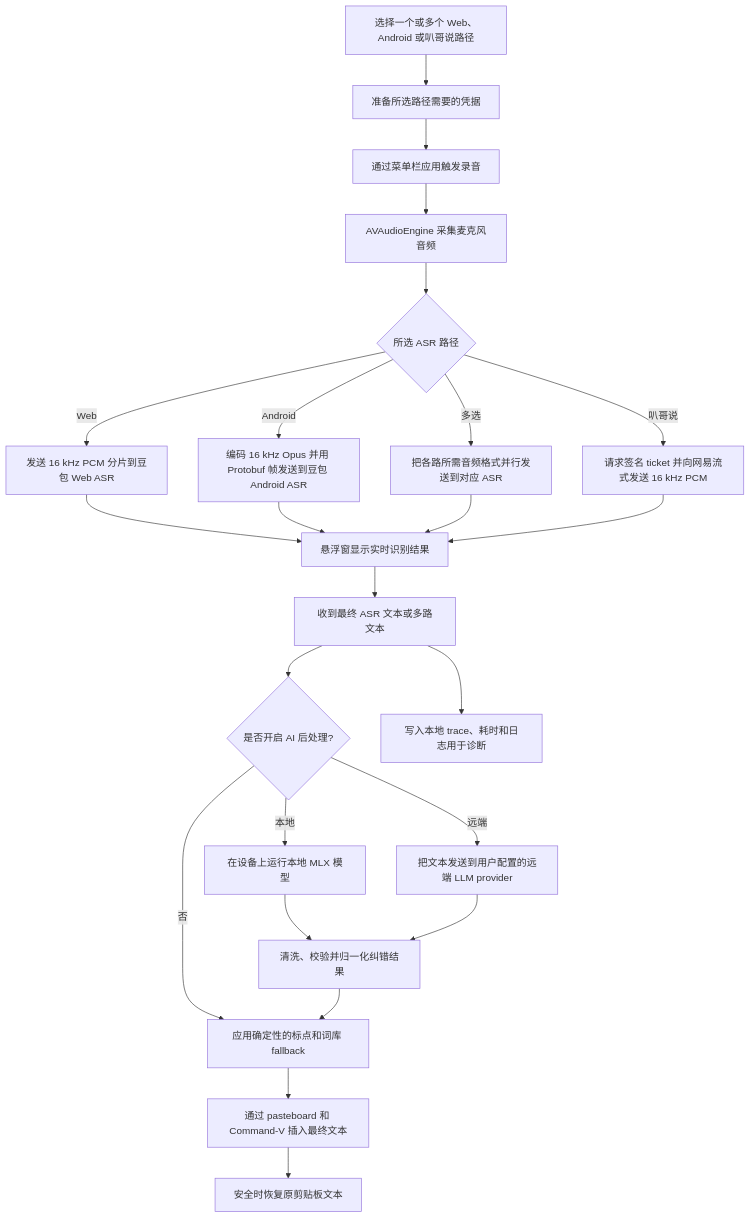
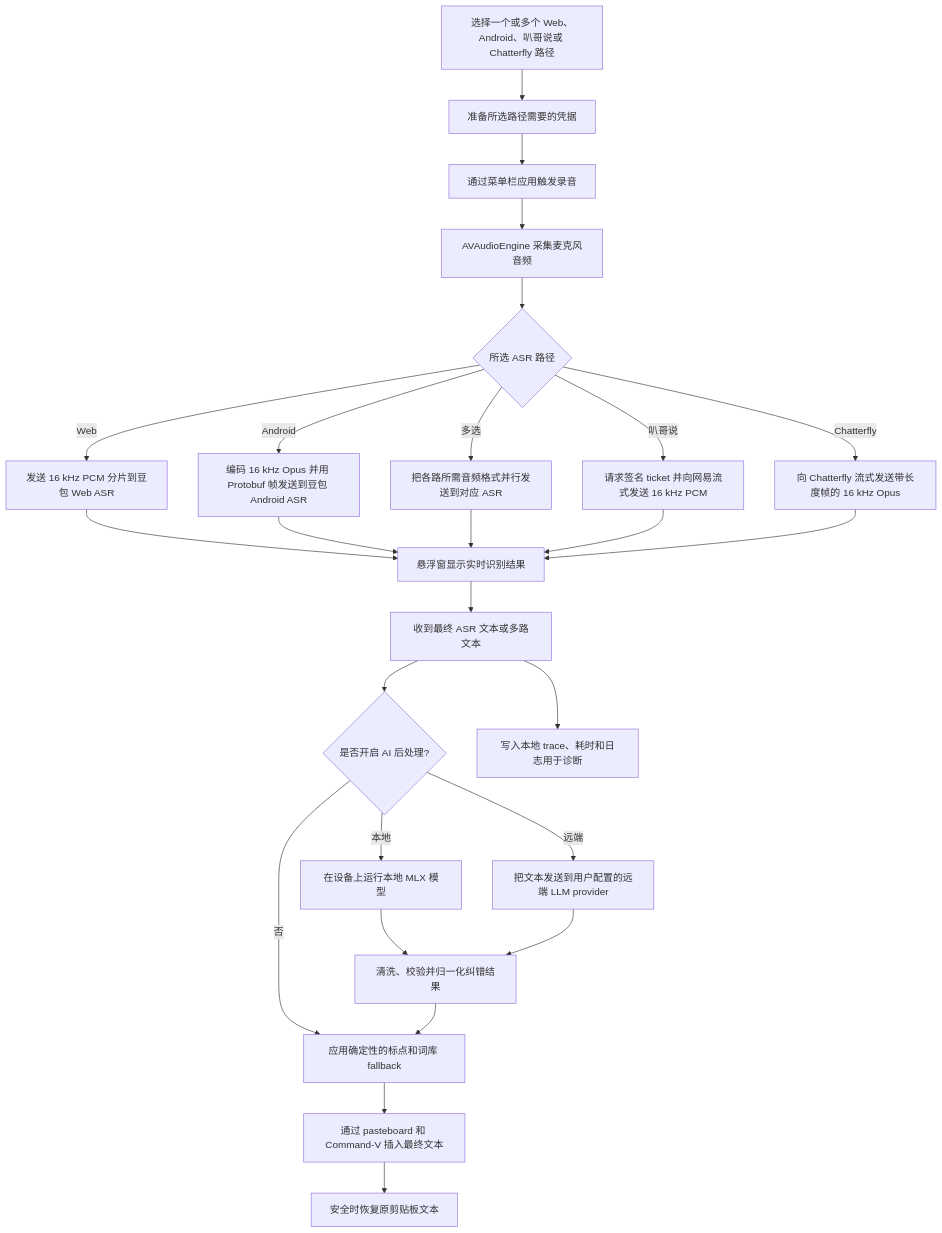
The diagram in README.zh.md (rhinoc/douvo), drawn with Mermaid before and after one commit. The commit also changed other lines of this file and 30 other files, not shown here.

````diff
--- a/README.zh.md
+++ b/README.zh.md
@@ -102,26 +104,28 @@
 ```mermaid
 flowchart TD
-    A[选择一个或多个 Web、Android 或叭哥说路径] --> B[准备所选路径需要的凭据]
+    A[选择一个或多个 Web、Android、叭哥说或 Chatterfly 路径] --> B[准备所选路径需要的凭据]
     B --> C[通过菜单栏应用触发录音]
     C --> D[AVAudioEngine 采集麦克风音频]
     D --> E{所选 ASR 路径}
     E -- Web --> F[发送 16 kHz PCM 分片到豆包 Web ASR]
     E -- Android --> G[编码 16 kHz Opus 并用 Protobuf 帧发送到豆包 Android ASR]
     E -- 多选 --> H[把各路所需音频格式并行发送到对应 ASR]
     E -- 叭哥说 --> I[请求签名 ticket 并向网易流式发送 16 kHz PCM]
+    E -- Chatterfly --> I2[向 Chatterfly 流式发送带长度帧的 16 kHz Opus]
     F --> J[悬浮窗显示实时识别结果]
     G --> J
     H --> J
     I --> J
+    I2 --> J
     J --> K[收到最终 ASR 文本或多路文本]
     K --> L{是否开启 AI 后处理?}
     L -- 否 --> P[应用确定性的标点和词库 fallback]
     L -- 本地 --> M[在设备上运行本地 MLX 模型]
     L -- 远端 --> N[把文本发送到用户配置的远端 LLM provider]
     M --> Q[清洗、校验并归一化纠错结果]
     N --> Q
     Q --> P
     P --> R[通过 pasteboard 和 Command-V 插入最终文本]
     R --> S[安全时恢复原剪贴板文本]
     K --> T[写入本地 trace、耗时和日志用于诊断]
 ```
````
